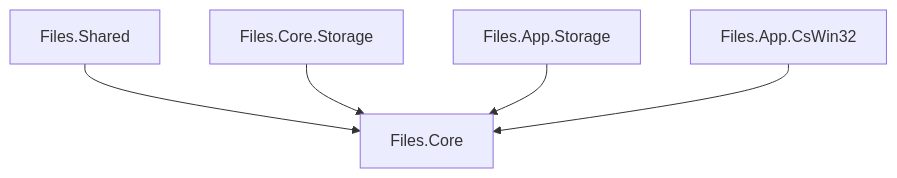
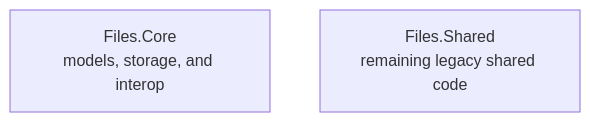
Before and after one commit to 0x5bfa/Files: the first of 3 diagrams in docs/architecture/migration.md, drawn with Mermaid. The commit also changed other lines of this file and 77 other files, not shown here.

Commit message:
Consolidate storage and interop in Files.Core

````diff
--- a/docs/architecture/migration.md
+++ b/docs/architecture/migration.md
@@ -7,13 +7,5 @@
 ```mermaid
 flowchart TB
-    Shared["Files.Shared"]
-    CoreStorage["Files.Core.Storage"]
-    AppStorage["Files.App.Storage"]
-    CsWin32["Files.App.CsWin32"]
-    Core["Files.Core"]
-
-    Shared --> Core
-    CoreStorage --> Core
-    AppStorage --> Core
-    CsWin32 --> Core
+    Core["Files.Core<br/>models, storage, and interop"]
+    Shared["Files.Shared<br/>remaining legacy shared code"]
 ```
````
